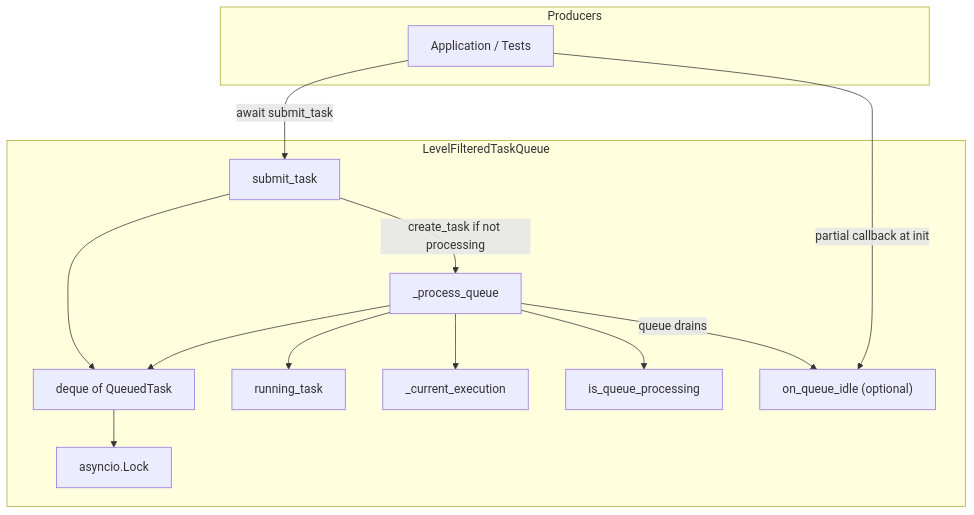
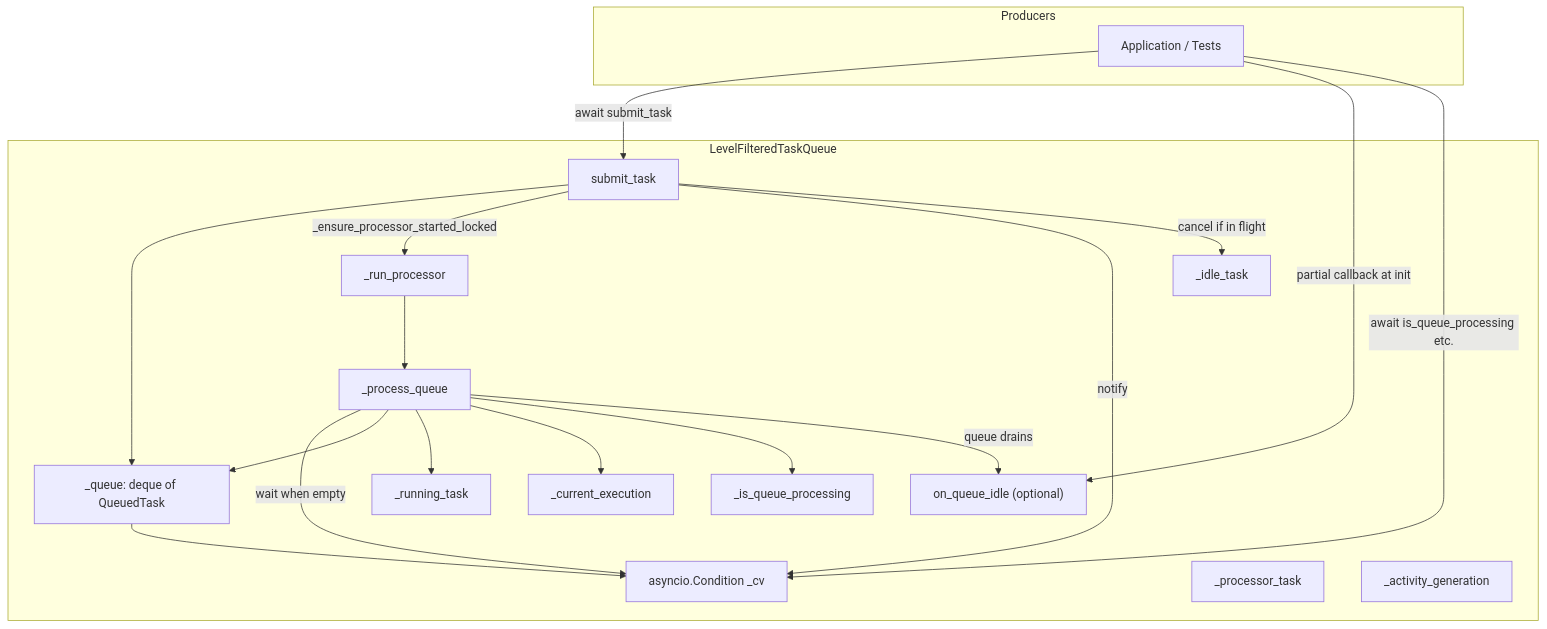
The first of 9 diagrams in .cursor/plans/system_architecture_workflow_b2d79ca7.plan.md (scoville/test_filter_queue), drawn with Mermaid before and after one commit. The commit also changed other lines of this file and 2 other files, not shown here.

````diff
--- a/.cursor/plans/system_architecture_workflow_b2d79ca7.plan.md
+++ b/.cursor/plans/system_architecture_workflow_b2d79ca7.plan.md
@@ -14,28 +16,37 @@
 ```mermaid
 flowchart TB
     subgraph producers [Producers]
         App[Application / Tests]
     end
 
     subgraph queue [LevelFilteredTaskQueue]
-        Lock[asyncio.Lock]
-        Deque["deque of QueuedTask"]
+        CV[asyncio.Condition _cv]
+        Deque["_queue: deque of QueuedTask"]
         Submit[submit_task]
+        RunProc[_run_processor]
         Process[_process_queue]
-        Running[running_task]
+        Running[_running_task]
         Exec[_current_execution]
-        Guard[is_queue_processing]
+        Guard[_is_queue_processing]
+        ProcTask[_processor_task]
+        IdleTask[_idle_task]
+        Gen[_activity_generation]
         IdleHook["on_queue_idle (optional)"]
     end
 
     App -->|await submit_task| Submit
     App -->|partial callback at init| IdleHook
+    App -->|await is_queue_processing etc.| CV
     Submit --> Deque
-    Submit -->|create_task if not processing| Process
+    Submit -->|_ensure_processor_started_locked| RunProc
+    Submit -->|notify| CV
+    Submit -->|cancel if in flight| IdleTask
+    RunProc --> Process
+    Process -->|wait when empty| CV
     Process --> Deque
     Process --> Running
     Process --> Exec
     Process --> Guard
     Process -->|queue drains| IdleHook
-    Deque --> Lock
+    Deque --> CV
 ```
````
